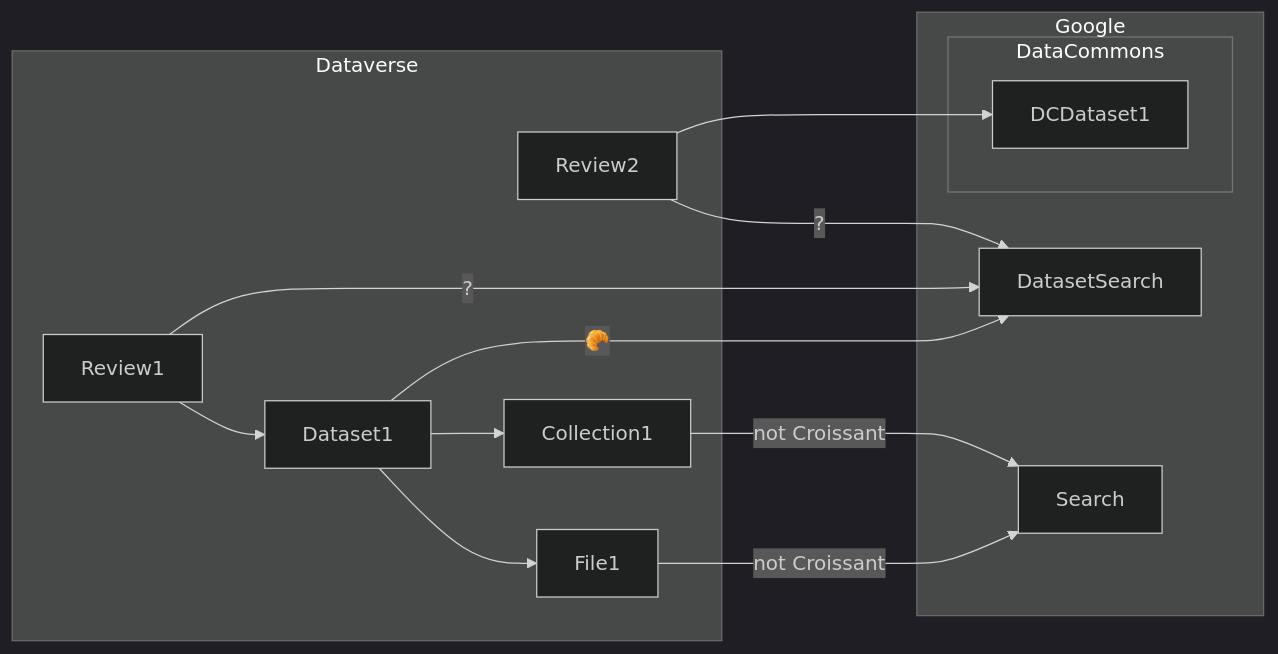
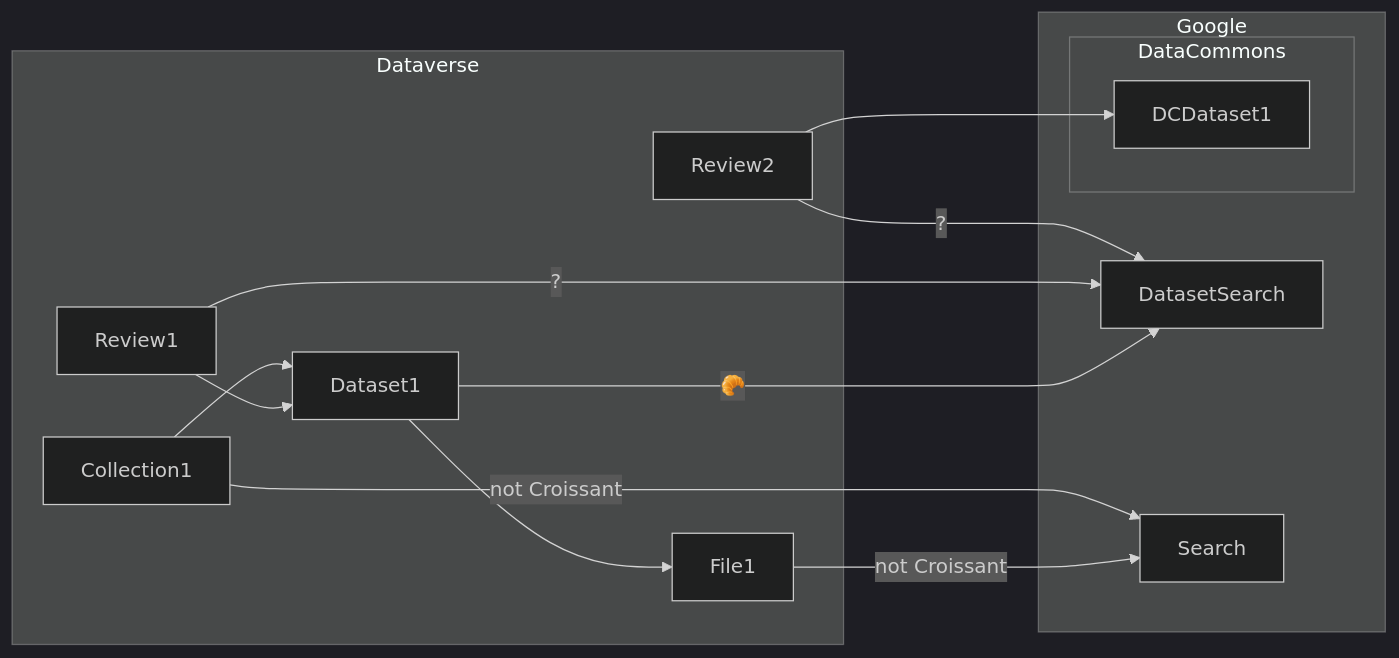
The diagram in 425-trusted-data/diagram.md (IQSS/dataverse-pm), drawn with Mermaid (dark theme) before and after one commit.

````diff
--- a/425-trusted-data/diagram.md
+++ b/425-trusted-data/diagram.md
@@ -1,22 +1,22 @@
 ```mermaid
 flowchart LR
 subgraph Google
 subgraph DataCommons
 DCDataset1
 end
 DatasetSearch
 Search
 end
 
 subgraph Dataverse
-Dataset1 --> Collection1
+Collection1 --> Dataset1 
 Collection1 -- not Croissant --> Search
 Review2 --> DCDataset1
 Review2 -- ? --> DatasetSearch
 Dataset1 --> File1
 File1 -- not Croissant --> Search
 Review1 --> Dataset1 
 Review1 -- ? --> DatasetSearch
 Dataset1 -- 🥐 --> DatasetSearch
 end
 ```
````
